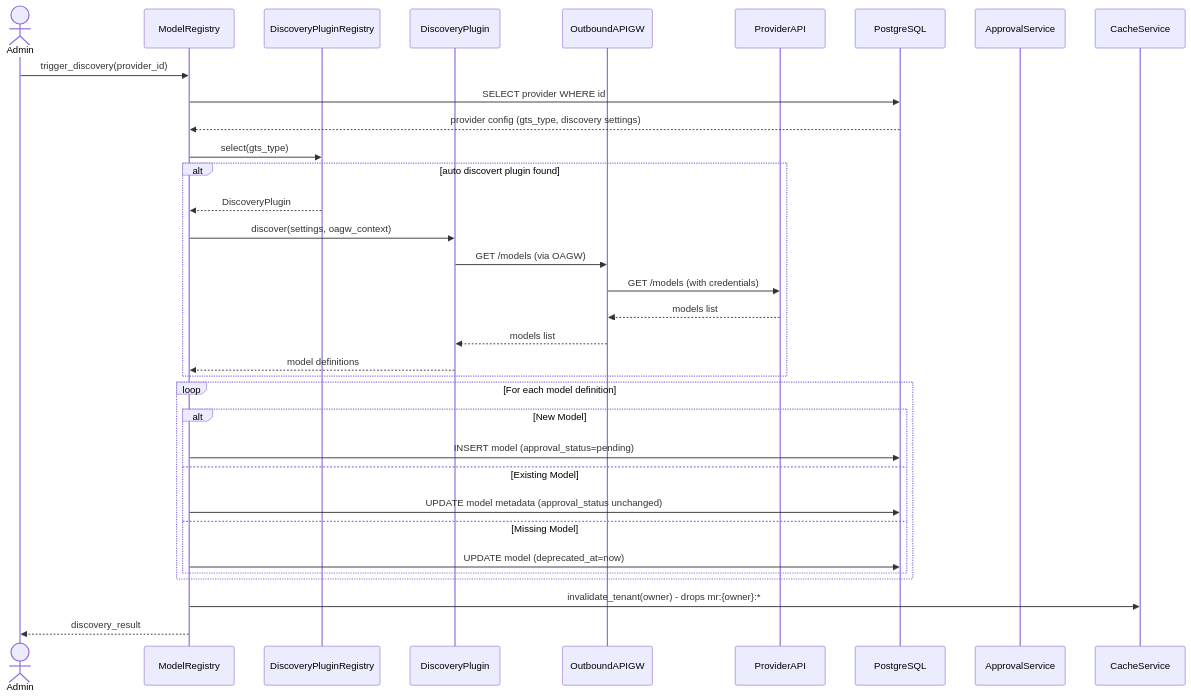
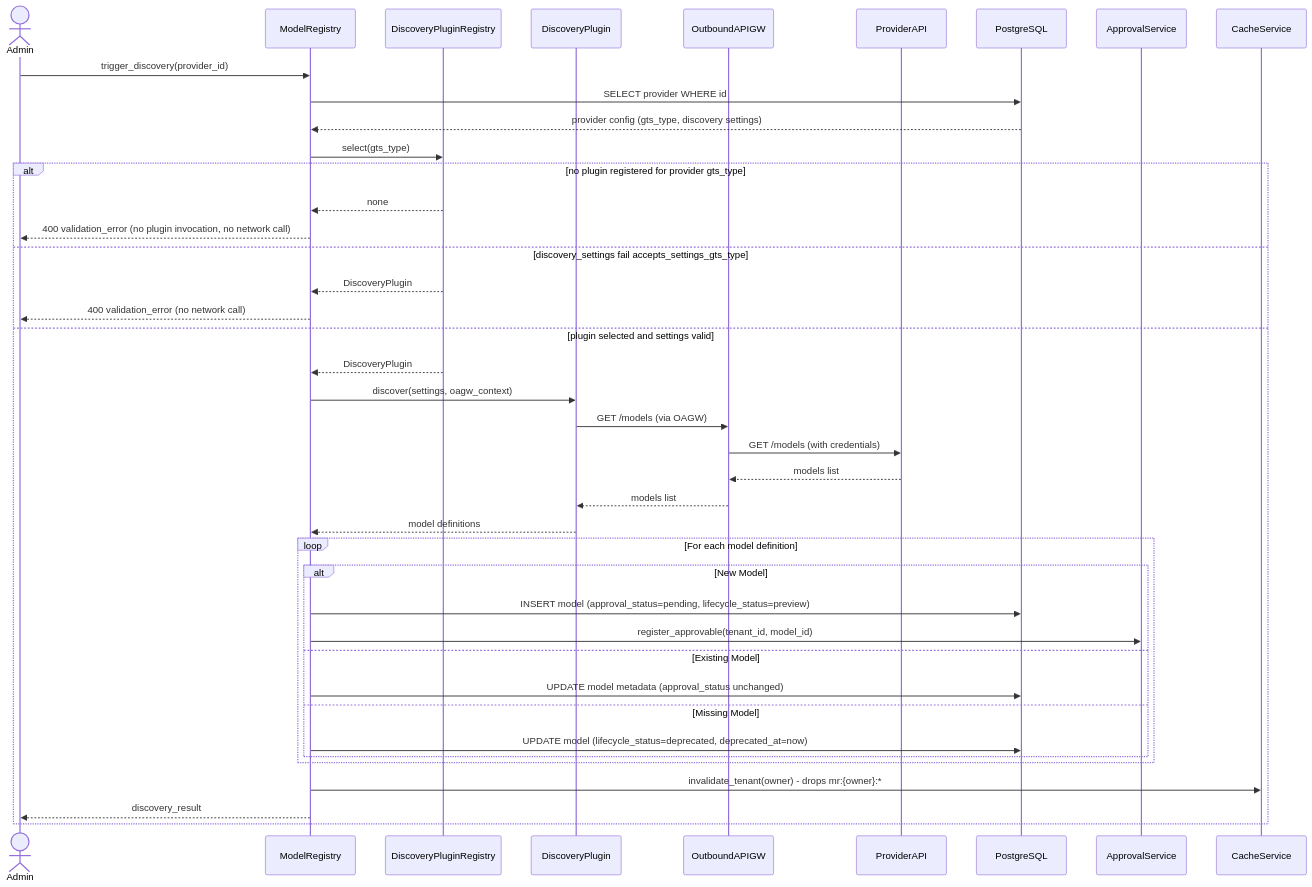
The fifth of 9 diagrams in gears/model-registry/docs/DESIGN.md (Qilin101/gears-rust), drawn with Mermaid before and after one commit. The commit also changed other lines of this file and 1 other file, not shown here.

Commit message:
Fix some more issues

````diff
--- a/gears/model-registry/docs/DESIGN.md
+++ b/gears/model-registry/docs/DESIGN.md
@@ -1074,39 +1074,46 @@
 ```mermaid
 sequenceDiagram
     actor Admin
     participant MR as ModelRegistry
     participant Registry as DiscoveryPluginRegistry
     participant Plugin as DiscoveryPlugin
     participant OAGW as OutboundAPIGW
     participant Provider as ProviderAPI
     participant DB as PostgreSQL
     participant Approval as ApprovalService
     participant Cache as CacheService
 
     Admin->>MR: trigger_discovery(provider_id)
     MR->>DB: SELECT provider WHERE id
     DB-->>MR: provider config (gts_type, discovery settings)
     MR->>Registry: select(gts_type)
-    alt auto discovert plugin found
+    alt no plugin registered for provider gts_type
+        Registry-->>MR: none
+        MR-->>Admin: 400 validation_error (no plugin invocation, no network call)
+    else discovery_settings fail accepts_settings_gts_type
+        Registry-->>MR: DiscoveryPlugin
+        MR-->>Admin: 400 validation_error (no network call)
+    else plugin selected and settings valid
         Registry-->>MR: DiscoveryPlugin
         MR->>Plugin: discover(settings, oagw_context)
         Plugin->>OAGW: GET /models (via OAGW)
         OAGW->>Provider: GET /models (with credentials)
         Provider-->>OAGW: models list
         OAGW-->>Plugin: models list
         Plugin-->>MR: model definitions
+
+        loop For each model definition
+            alt New Model
+                MR->>DB: INSERT model (approval_status=pending, lifecycle_status=preview)
+                MR->>Approval: register_approvable(tenant_id, model_id)
+            else Existing Model
+                MR->>DB: UPDATE model metadata (approval_status unchanged)
+            else Missing Model
+                MR->>DB: UPDATE model (lifecycle_status=deprecated, deprecated_at=now)
+            end
+        end
+
+        MR->>Cache: invalidate_tenant(owner) - drops mr:{owner}:*
+        MR-->>Admin: discovery_result
     end
-
-    loop For each model definition
-        alt New Model
-            MR->>DB: INSERT model (approval_status=pending)
-        else Existing Model
-            MR->>DB: UPDATE model metadata (approval_status unchanged)
-        else Missing Model
-            MR->>DB: UPDATE model (deprecated_at=now)
-        end
-    end
-
-    MR->>Cache: invalidate_tenant(owner) - drops mr:{owner}:*
-    MR-->>Admin: discovery_result
 ```
````
